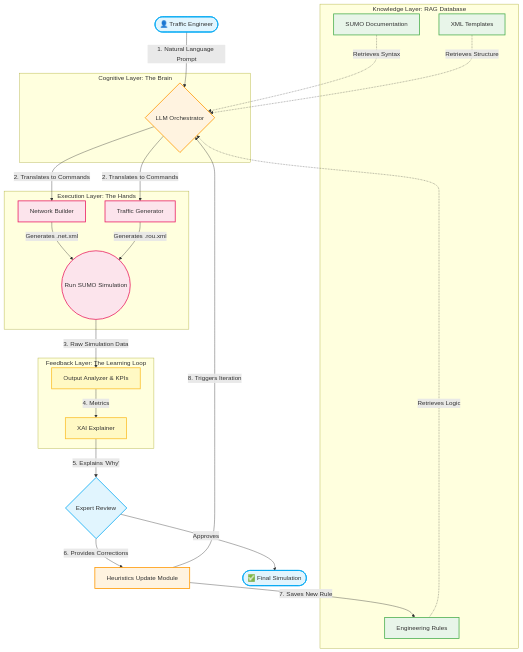
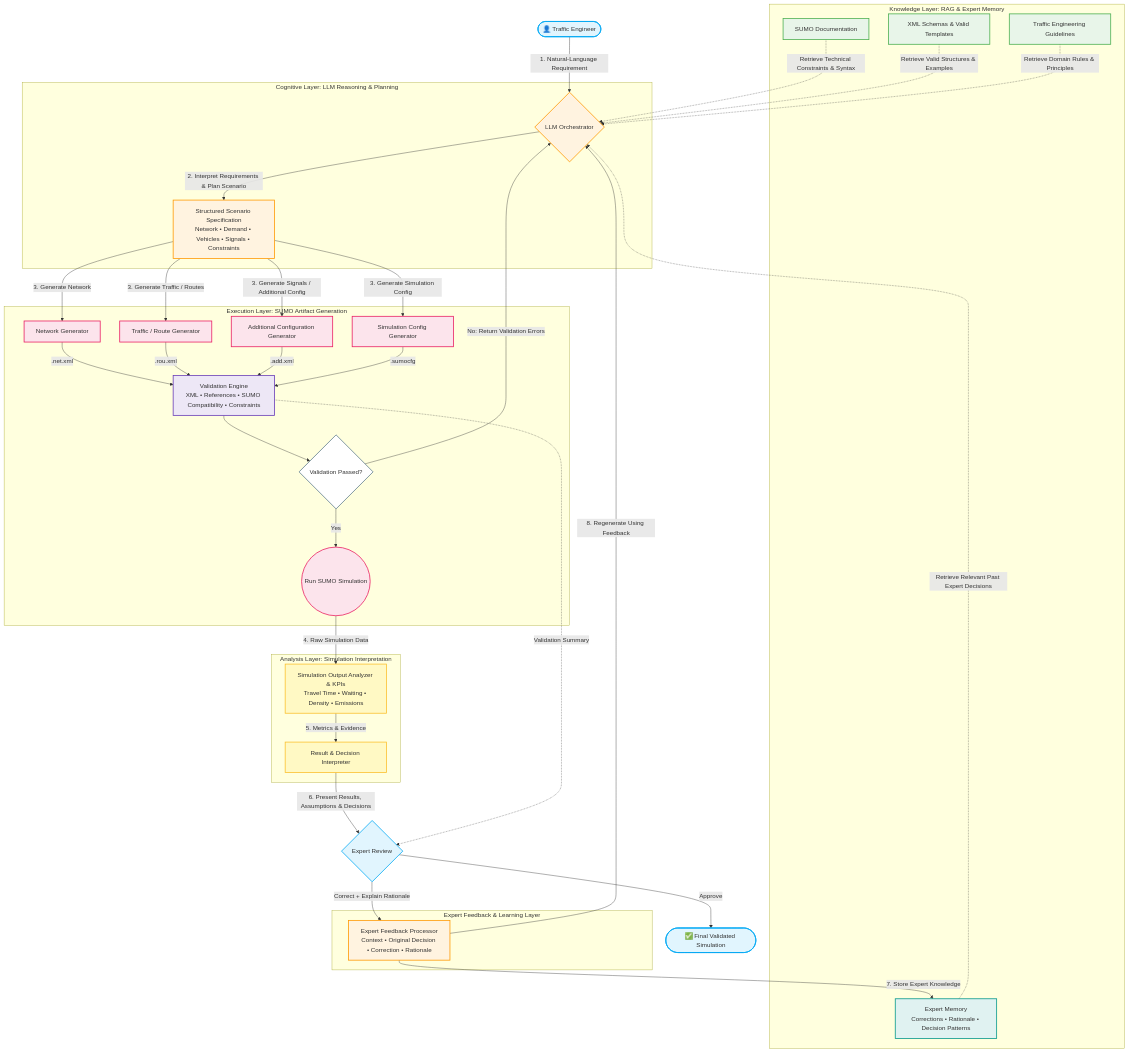
One commit to shamz-10/fyp changed the diagram in README.md. Above: the diagram before and after it, drawn with Mermaid.

````diff
--- a/README.md
+++ b/README.md
@@ -2,59 +2,112 @@
 ```mermaid
 graph TD
-    %% Define visual styles
+    %% =========================
+    %% VISUAL STYLES
+    %% =========================
     classDef user fill:#e1f5fe,stroke:#03a9f4,stroke-width:2px;
     classDef llm fill:#fff3e0,stroke:#ff9800,stroke-width:2px;
     classDef rag fill:#e8f5e9,stroke:#4caf50,stroke-width:2px;
     classDef sumo fill:#fce4ec,stroke:#e91e63,stroke-width:2px;
+    classDef validate fill:#ede7f6,stroke:#673ab7,stroke-width:2px;
     classDef feedback fill:#fff9c4,stroke:#fbc02d,stroke-width:2px;
+    classDef memory fill:#e0f2f1,stroke:#009688,stroke-width:2px;
+    classDef decision fill:#ffffff,stroke:#607d8b,stroke-width:2px;
 
-    %% User Input
-    User([👤 Traffic Engineer]):::user -->|1. Natural Language Prompt| Orchestrator
+    %% =========================
+    %% USER INPUT
+    %% =========================
+    User([👤 Traffic Engineer]):::user
+        -->|1. Natural-Language Requirement| Orchestrator
 
-    %% Cognitive Layer
-    subgraph Cognitive Layer: The Brain
+    %% =========================
+    %% COGNITIVE LAYER
+    %% =========================
+    subgraph Cognitive["Cognitive Layer: LLM Reasoning & Planning"]
         Orchestrator{LLM Orchestrator}:::llm
+        ScenarioSpec["Structured Scenario Specification<br/>Network • Demand • Vehicles • Signals • Constraints"]:::llm
+
+        Orchestrator -->|2. Interpret Requirements & Plan Scenario| ScenarioSpec
     end
 
-    %% Knowledge Layer
-    subgraph Knowledge Layer: RAG Database
-        Docs[SUMO Documentation]:::rag
-        Templates[XML Templates]:::rag
-        Heuristics[Engineering Rules]:::rag
+    %% =========================
+    %% KNOWLEDGE LAYER
+    %% =========================
+    subgraph Knowledge["Knowledge Layer: RAG & Expert Memory"]
+
+        Docs["SUMO Documentation"]:::rag
+        Templates["XML Schemas & Valid Templates"]:::rag
+        EngKnowledge["Traffic Engineering Guidelines"]:::rag
+
+        ExpertMemory["Expert Memory<br/>Corrections • Rationale • Decision Patterns"]:::memory
     end
 
-    %% RAG Interaction
-    Docs -.->|Retrieves Syntax| Orchestrator
-    Templates -.->|Retrieves Structure| Orchestrator
-    Heuristics -.->|Retrieves Logic| Orchestrator
+    %% Knowledge Retrieval
+    Docs -.->|Retrieve Technical Constraints & Syntax| Orchestrator
+    Templates -.->|Retrieve Valid Structures & Examples| Orchestrator
+    EngKnowledge -.->|Retrieve Domain Rules & Principles| Orchestrator
+    ExpertMemory -.->|Retrieve Relevant Past Expert Decisions| Orchestrator
 
-    %% Generation Layer
-    subgraph Execution Layer: The Hands
-        NetBuilder[Network Builder]:::sumo
-        TraffGen[Traffic Generator]:::sumo
+    %% =========================
+    %% EXECUTION / GENERATION LAYER
+    %% =========================
+    subgraph Execution["Execution Layer: SUMO Artifact Generation"]
+
+        NetBuilder["Network Generator"]:::sumo
+        RouteGen["Traffic / Route Generator"]:::sumo
+        AddGen["Additional Configuration Generator"]:::sumo
+        ConfigGen["Simulation Config Generator"]:::sumo
+
+        Validator["Validation Engine<br/>XML • References • SUMO Compatibility • Constraints"]:::validate
+        ValidCheck{"Validation Passed?"}:::decision
+
         SimRun((Run SUMO Simulation)):::sumo
     end
 
-    Orchestrator -->|2. Translates to Commands| NetBuilder
-    Orchestrator -->|2. Translates to Commands| TraffGen
-    NetBuilder -->|Generates .net.xml| SimRun
-    TraffGen -->|Generates .rou.xml| SimRun
+    ScenarioSpec -->|3. Generate Network| NetBuilder
+    ScenarioSpec -->|3. Generate Traffic / Routes| RouteGen
+    ScenarioSpec -->|3. Generate Signals / Additional Config| AddGen
+    ScenarioSpec -->|3. Generate Simulation Config| ConfigGen
 
-    %% Output & Feedback Layer
-    subgraph Feedback Layer: The Learning Loop
-        Output[Output Analyzer & KPIs]:::feedback
-        XAI[XAI Explainer]:::feedback
+    NetBuilder -->|.net.xml| Validator
+    RouteGen -->|.rou.xml| Validator
+    AddGen -->|.add.xml| Validator
+    ConfigGen -->|.sumocfg| Validator
+
+    Validator --> ValidCheck
+
+    %% Automatic repair loop
+    ValidCheck -->|No: Return Validation Errors| Orchestrator
+    ValidCheck -->|Yes| SimRun
+
+    %% =========================
+    %% ANALYSIS LAYER
+    %% =========================
+    subgraph Analysis["Analysis Layer: Simulation Interpretation"]
+
+        Output["Simulation Output Analyzer & KPIs<br/>Travel Time • Waiting • Density • Emissions"]:::feedback
+        Interpreter["Result & Decision Interpreter"]:::feedback
     end
 
-    SimRun -->|3. Raw Simulation Data| Output
-    Output -->|4. Metrics| XAI
-    XAI -->|5. Explains 'Why'| ExpertReview{Expert Review}:::user
+    SimRun -->|4. Raw Simulation Data| Output
+    Output -->|5. Metrics & Evidence| Interpreter
 
-    %% The Expert Loop
-    ExpertReview -->|Approves| Done([✅ Final Simulation]):::user
-    ExpertReview -->|6. Provides Corrections| UpdateMod[Heuristics Update Module]:::llm
+    %% =========================
+    %% EXPERT REVIEW
+    %% =========================
+    Interpreter -->|6. Present Results, Assumptions & Decisions| ExpertReview{Expert Review}:::user
+    Validator -.->|Validation Summary| ExpertReview
 
-    %% The Update Mechanism
-    UpdateMod -->|7. Saves New Rule| Heuristics
-    UpdateMod -->|8. Triggers Iteration| Orchestrator
+    ExpertReview -->|Approve| Done([✅ Final Validated Simulation]):::user
+    ExpertReview -->|Correct + Explain Rationale| FeedbackProcessor
+
+    %% =========================
+    %% EXPERT LEARNING LOOP
+    %% =========================
+    subgraph Learning["Expert Feedback & Learning Layer"]
+
+        FeedbackProcessor["Expert Feedback Processor<br/>Context • Original Decision • Correction • Rationale"]:::llm
+    end
+
+    FeedbackProcessor -->|7. Store Expert Knowledge| ExpertMemory
+    FeedbackProcessor -->|8. Regenerate Using Feedback| Orchestrator
 ```
````
